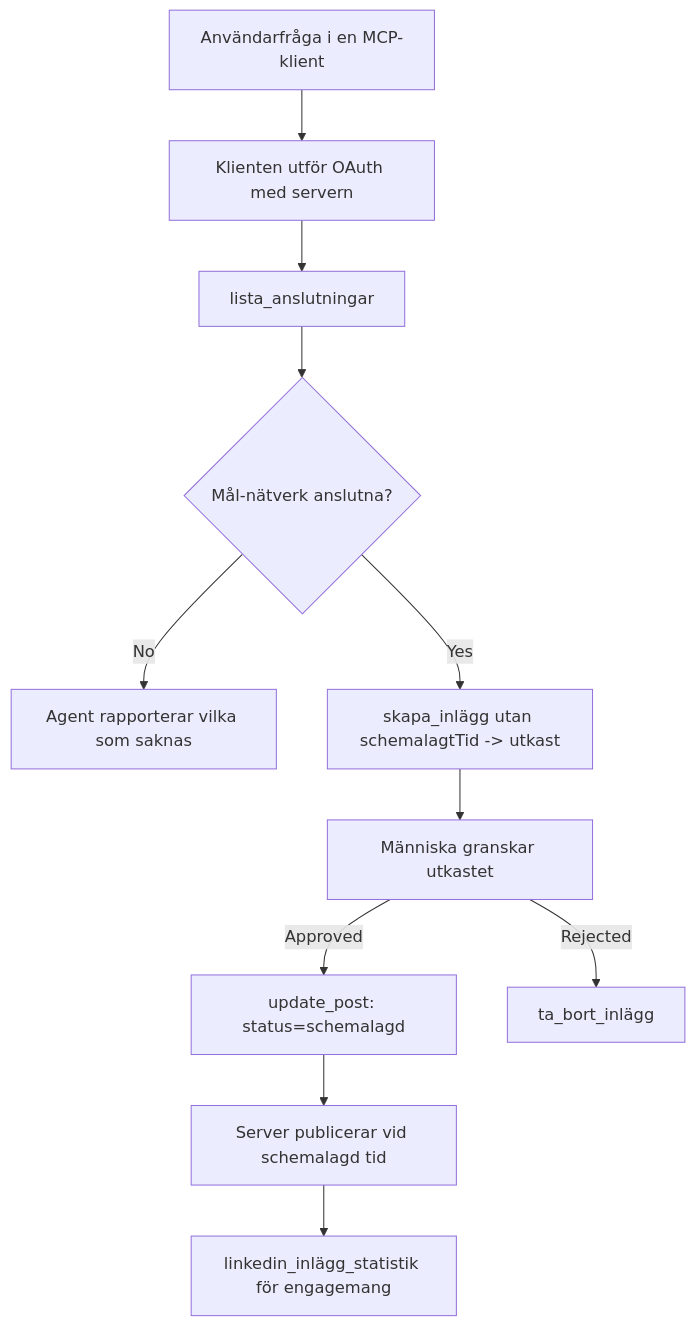
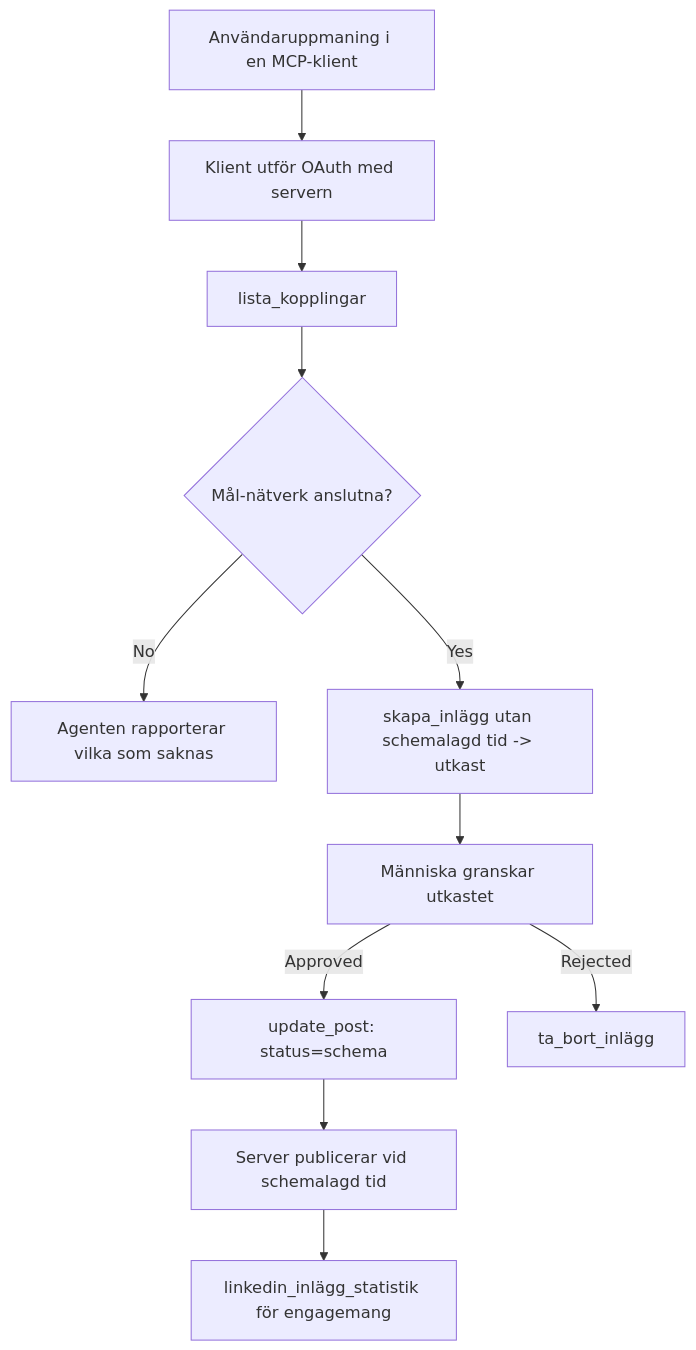
One commit to microsoft/mcp-for-beginners changed the diagram in translations/sv/09-CaseStudy/publora-social-publishing.md. Above: the diagram before and after it, drawn with Mermaid. The commit also changed other lines of this file and 148 other files, not shown here.

````diff
--- a/translations/sv/09-CaseStudy/publora-social-publishing.md
+++ b/translations/sv/09-CaseStudy/publora-social-publishing.md
@@ -47,13 +47,13 @@
 ```mermaid
 flowchart TD
-    A[Användarfråga i en MCP-klient] --> B[Klienten utför OAuth med servern]
-    B --> C[lista_anslutningar]
+    A[Användaruppmaning i en MCP-klient] --> B[Klient utför OAuth med servern]
+    B --> C[lista_kopplingar]
     C --> D{Mål-nätverk anslutna?}
-    D -- No --> E[Agent rapporterar vilka som saknas]
-    D -- Yes --> F[skapa_inlägg utan schemalagtTid -> utkast]
+    D -- No --> E[Agenten rapporterar vilka som saknas]
+    D -- Yes --> F[skapa_inlägg utan schemalagd tid -> utkast]
     F --> G[Människa granskar utkastet]
-    G -- Approved --> H[update_post: status=schemalagd]
+    G -- Approved --> H[update_post: status=schema]
     G -- Rejected --> I[ta_bort_inlägg]
     H --> J[Server publicerar vid schemalagd tid]
     J --> K[linkedin_inlägg_statistik för engagemang]
 ```
````
